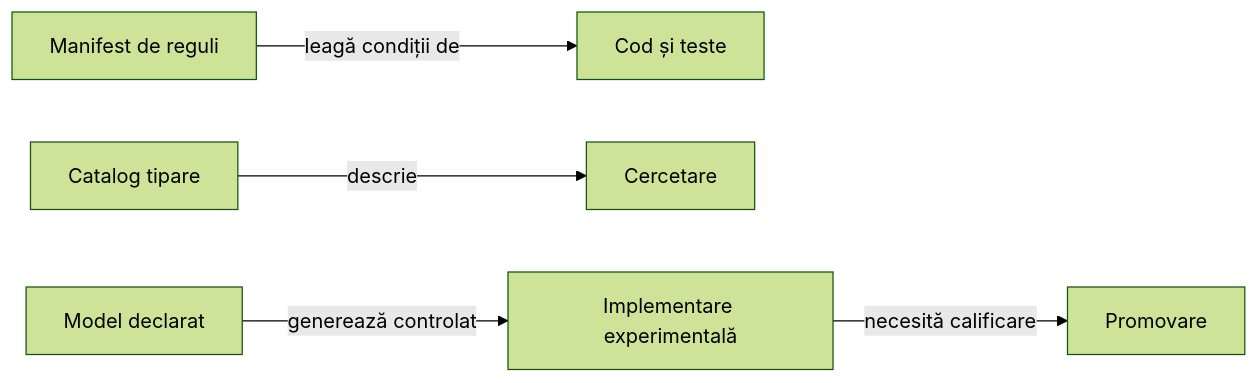
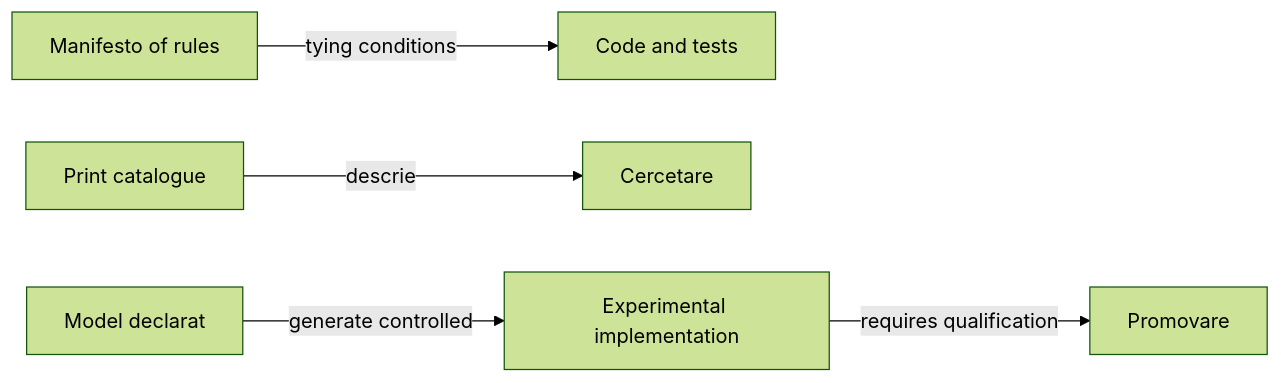
Before and after one commit to crististefanita/atf_j4: the first of 2 diagrams in docs/ai/ATF_RulesConfiguration.md, drawn with Mermaid (forest theme). The commit also changed other lines of this file and 122 other files, not shown here.

````diff
--- a/docs/ai/ATF_RulesConfiguration.md
+++ b/docs/ai/ATF_RulesConfiguration.md
@@ -20,7 +20,7 @@
 ```mermaid
 flowchart LR
-    RULES[Manifest de reguli] -->|leagă condiții de| CODE[Cod și teste]
-    PATTERN[Catalog tipare] -->|descrie| RESEARCH[Cercetare]
-    MODEL[Model declarat] -->|generează controlat| GENERATED[Implementare experimentală]
-    GENERATED -->|necesită calificare| PROMOTION[Promovare]
+    RULES[Manifesto of rules] -->|tying conditions| CODE[Code and tests]
+    PATTERN[Print catalogue] -->|descrie| RESEARCH[Cercetare]
+    MODEL[Model declarat] -->|generate controlled| GENERATED[Experimental implementation]
+    GENERATED -->|requires qualification| PROMOTION[Promovare]
 ```
````
